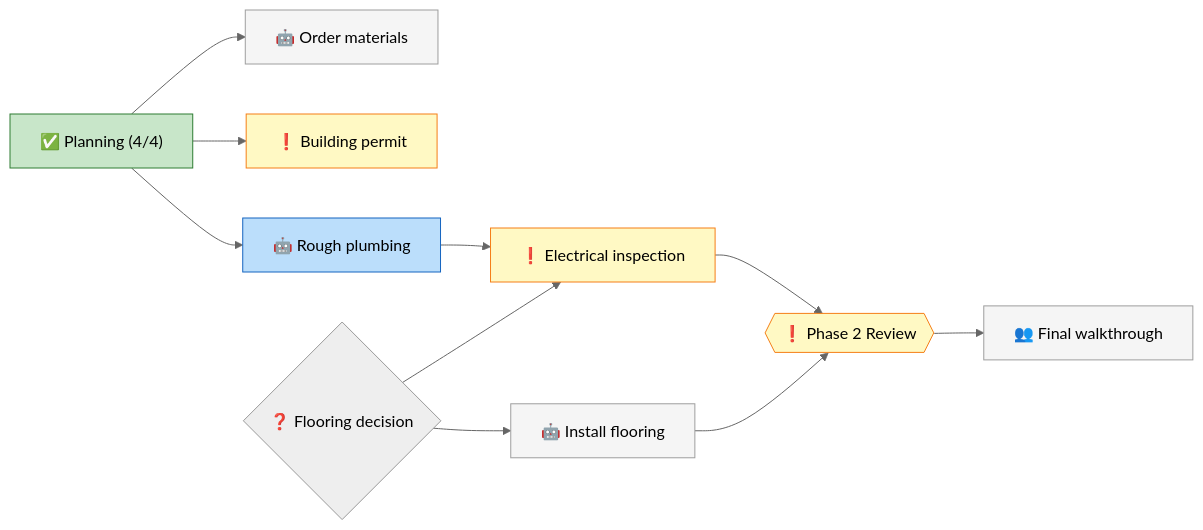
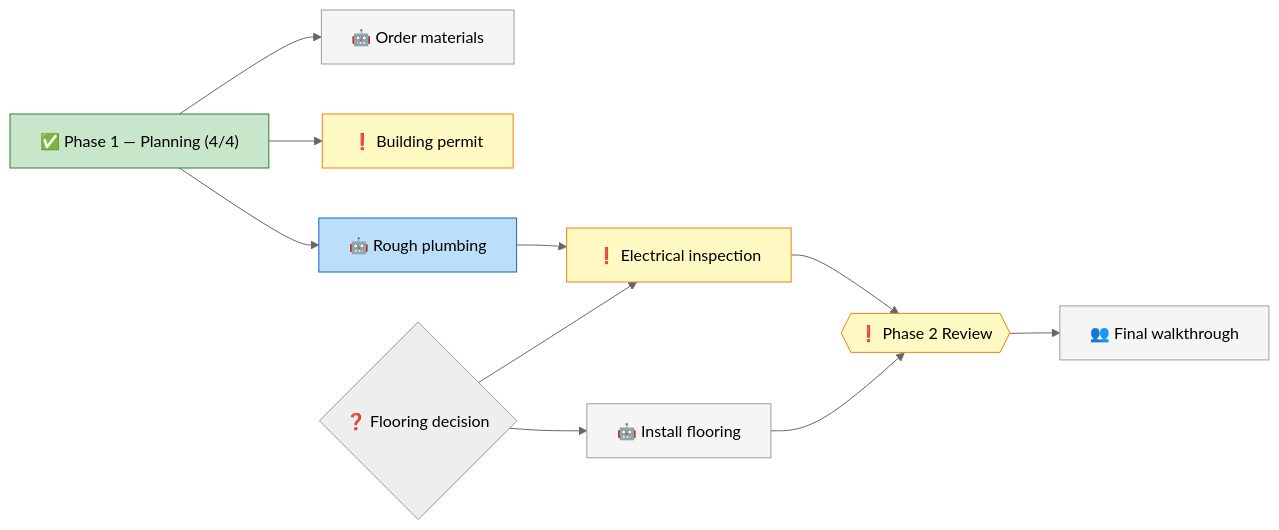
One commit to erikemilsson/claude_code_environment changed the diagram in .claude/dashboard.md. Above: the diagram before and after it, drawn with Mermaid (neutral theme). The commit also changed other lines of this file and 9 other files, not shown here.

````diff
--- a/.claude/dashboard.md
+++ b/.claude/dashboard.md
@@ -89,23 +91,23 @@
 ```mermaid
 graph LR
-    P1["✅ Planning (4/4)"]
+    P1["✅ Phase 1 — Planning (4/4)"]
     P1 --> T6["🤖 Order materials"]
     P1 --> T8["❗ Building permit"]
     P1 --> T9["🤖 Rough plumbing"]
     DEC002{"❓ Flooring decision"}
     T9 --> T10["❗ Electrical inspection"]
     DEC002 --> T10
     DEC002 --> T11["🤖 Install flooring"]
     T10 --> GATE{{"❗ Phase 2 Review"}}
     T11 --> GATE
     GATE --> T12["👥 Final walkthrough"]
 
     classDef done fill:#c8e6c9,stroke:#2e7d32
     classDef active fill:#bbdefb,stroke:#1565c0
     classDef human fill:#fff9c4,stroke:#f57f17
     classDef blocked fill:#f5f5f5,stroke:#9e9e9e
     class P1 done
     class T9 active
     class T8,T10,GATE human
     class T6,T11,T12 blocked
 ```
````
